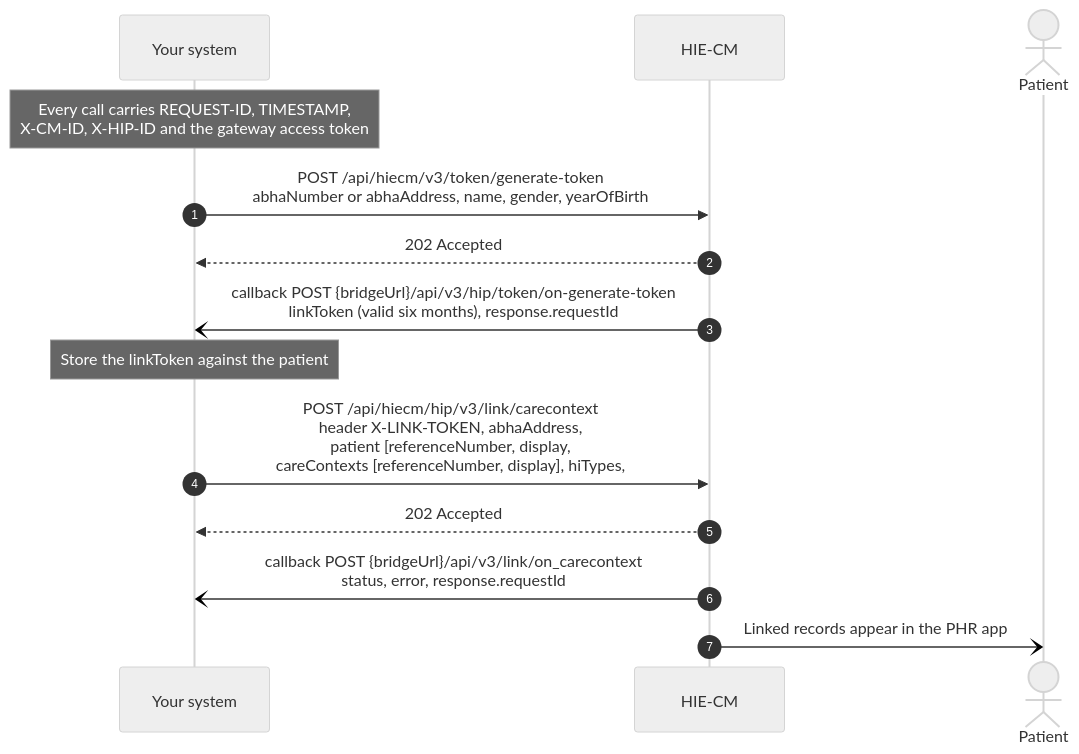
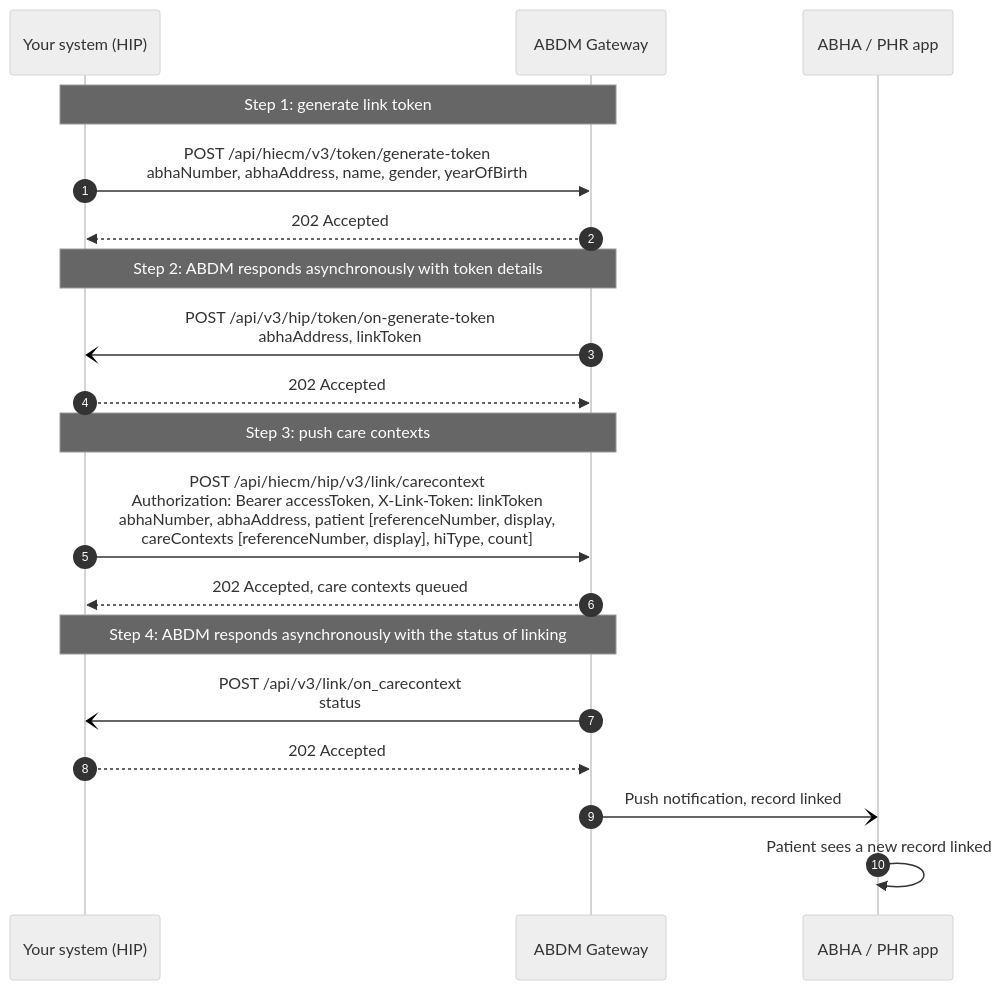
Before and after one commit to nha-in/docs: the first of 3 diagrams in site/docs/hiecm/v3/milestones/m2.mdx, drawn with Mermaid (neutral theme). The commit also changed other lines of this file, not shown here.

First line of the commit message:
docs: the M2 milestone page carries NHA's final feedback of 22 September and nothing else

````diff
--- a/site/docs/hiecm/v3/milestones/m2.mdx
+++ b/site/docs/hiecm/v3/milestones/m2.mdx
@@ -207,16 +139,21 @@
 ```mermaid
 sequenceDiagram
     autonumber
-    participant S as Your system
-    participant CM as HIE-CM
-    actor P as Patient
-    Note over S: Every call carries REQUEST-ID, TIMESTAMP,<br/>X-CM-ID, X-HIP-ID and the gateway access token
-    S->>CM: POST /api/hiecm/v3/token/generate-token<br/>abhaNumber or abhaAddress, name, gender, yearOfBirth
-    CM-->>S: 202 Accepted
-    CM-)S: callback POST {bridgeUrl}/api/v3/hip/token/on-generate-token<br/>linkToken (valid six months), response.requestId
-    Note over S: Store the linkToken against the patient
-    S->>CM: POST /api/hiecm/hip/v3/link/carecontext<br/>header X-LINK-TOKEN, abhaAddress,<br/>patient [referenceNumber, display,<br/>careContexts [referenceNumber, display], hiTypes,
-    CM-->>S: 202 Accepted
-    CM-)S: callback POST {bridgeUrl}/api/v3/link/on_carecontext<br/>status, error, response.requestId
-    CM-)P: Linked records appear in the PHR app
+    participant S as Your system (HIP)
+    participant G as ABDM Gateway
+    participant P as ABHA / PHR app
+    Note over S,G: Step 1: generate link token
+    S->>G: POST /api/hiecm/v3/token/generate-token<br/>abhaNumber, abhaAddress, name, gender, yearOfBirth
+    G-->>S: 202 Accepted
+    Note over S,G: Step 2: ABDM responds asynchronously with token details
+    G-)S: POST /api/v3/hip/token/on-generate-token<br/>abhaAddress, linkToken
+    S-->>G: 202 Accepted
+    Note over S,G: Step 3: push care contexts
+    S->>G: POST /api/hiecm/hip/v3/link/carecontext<br/>Authorization: Bearer accessToken, X-Link-Token: linkToken<br/>abhaNumber, abhaAddress, patient [referenceNumber, display,<br/>careContexts [referenceNumber, display], hiType, count]
+    G-->>S: 202 Accepted, care contexts queued
+    Note over S,G: Step 4: ABDM responds asynchronously with the status of linking
+    G-)S: POST /api/v3/link/on_carecontext<br/>status
+    S-->>G: 202 Accepted
+    G-)P: Push notification, record linked
+    P->>P: Patient sees a new record linked
 ```
````
